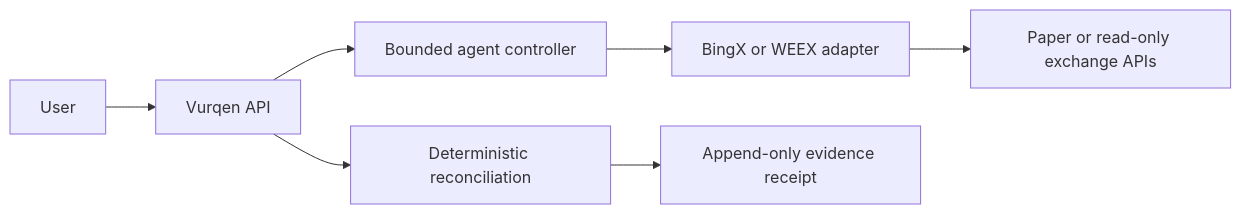
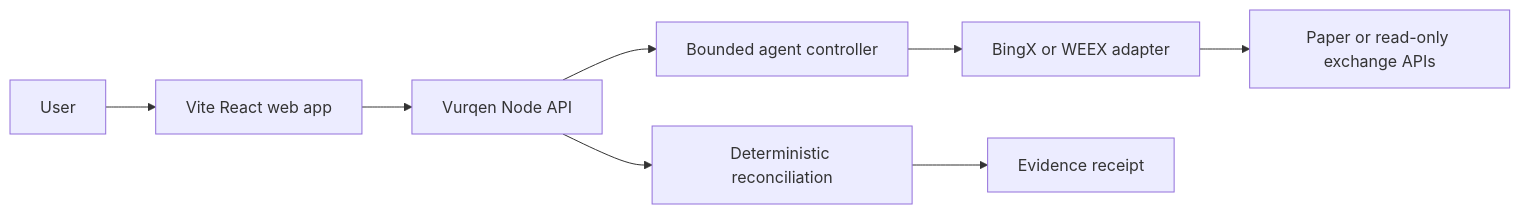
One commit to mystiquemide/vurqen changed the diagram in README.md. Above: the diagram before and after it, drawn with Mermaid. The commit also changed other lines of this file, not shown here.

````diff
--- a/README.md
+++ b/README.md
@@ -18,9 +24,10 @@
 ```mermaid
 flowchart LR
-  User --> API[Vurqen API]
-  API --> Agent[Bounded agent controller]
+  User --> Web[Vite React web app]
+  Web --> API[Vurqen Node API]
+  API --> Controller[Bounded agent controller]
   API --> Engine[Deterministic reconciliation]
-  Agent --> Provider[BingX or WEEX adapter]
-  Engine --> Receipt[Append-only evidence receipt]
+  Controller --> Provider[BingX or WEEX adapter]
+  Engine --> Receipt[Evidence receipt]
   Provider --> Exchange[Paper or read-only exchange APIs]
 ```
````
